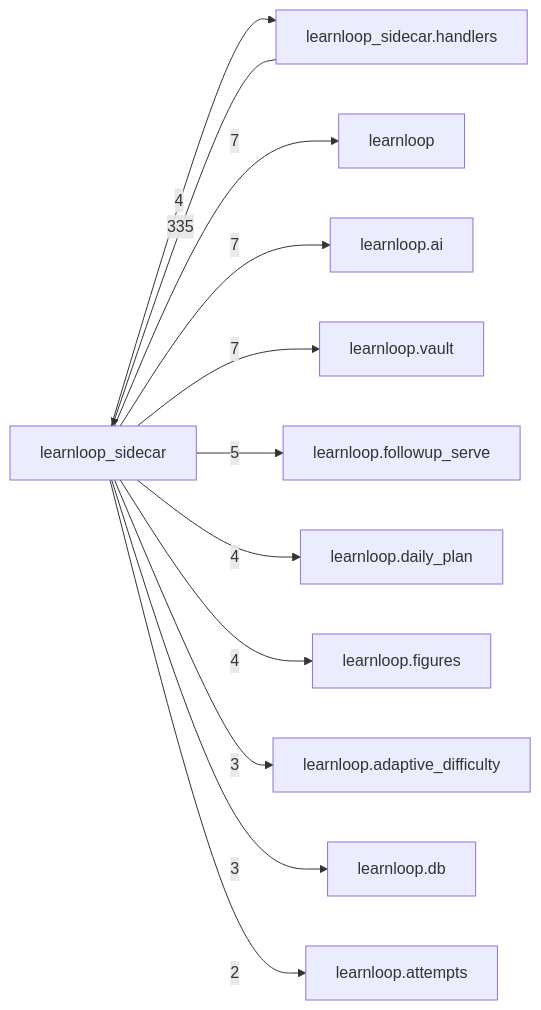
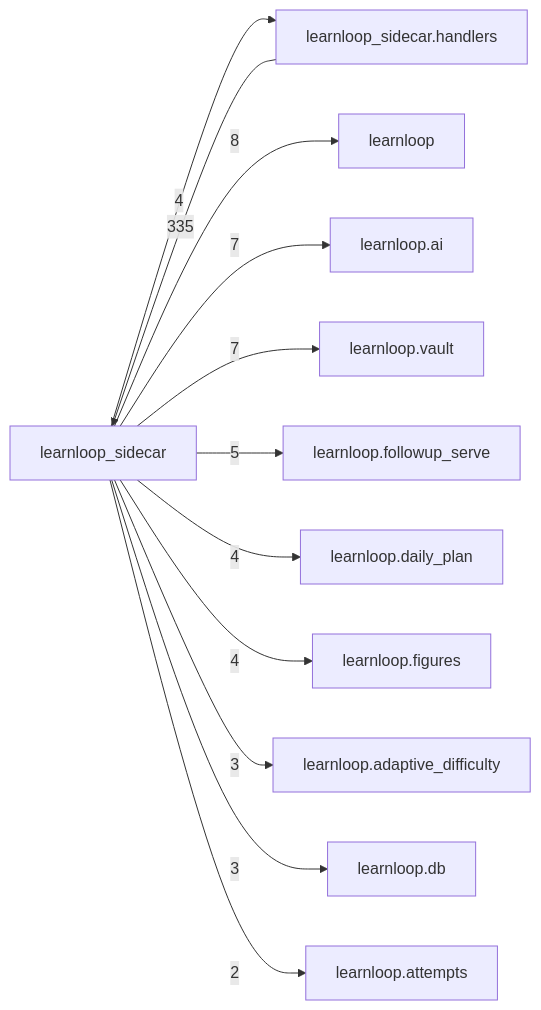
The diagram in docs/learnloop-architecture-vault/Reference/Modules/learnloop_sidecar/_package.md (6up-b/learnanything), drawn with Mermaid before and after one commit. The commit also changed other lines of this file and 467 other files, not shown here.

````diff
--- a/docs/learnloop-architecture-vault/Reference/Modules/learnloop_sidecar/_package.md
+++ b/docs/learnloop-architecture-vault/Reference/Modules/learnloop_sidecar/_package.md
@@ -125,25 +125,25 @@
 ```mermaid
 flowchart LR
     center["learnloop_sidecar"]
     n_learnloop_sidecar_handlers["learnloop_sidecar.handlers"]
     n_learnloop["learnloop"]
     n_learnloop_ai["learnloop.ai"]
     n_learnloop_vault["learnloop.vault"]
     n_learnloop_followup_serve["learnloop.followup_serve"]
     n_learnloop_daily_plan["learnloop.daily_plan"]
     n_learnloop_figures["learnloop.figures"]
     n_learnloop_adaptive_difficulty["learnloop.adaptive_difficulty"]
     n_learnloop_db["learnloop.db"]
     n_learnloop_attempts["learnloop.attempts"]
     n_learnloop_sidecar_handlers -->|335| center
     center -->|4| n_learnloop_sidecar_handlers
-    center -->|7| n_learnloop
+    center -->|8| n_learnloop
     center -->|7| n_learnloop_ai
     center -->|7| n_learnloop_vault
     center -->|5| n_learnloop_followup_serve
     center -->|4| n_learnloop_daily_plan
     center -->|4| n_learnloop_figures
     center -->|3| n_learnloop_adaptive_difficulty
     center -->|3| n_learnloop_db
     center -->|2| n_learnloop_attempts
 ```
````
